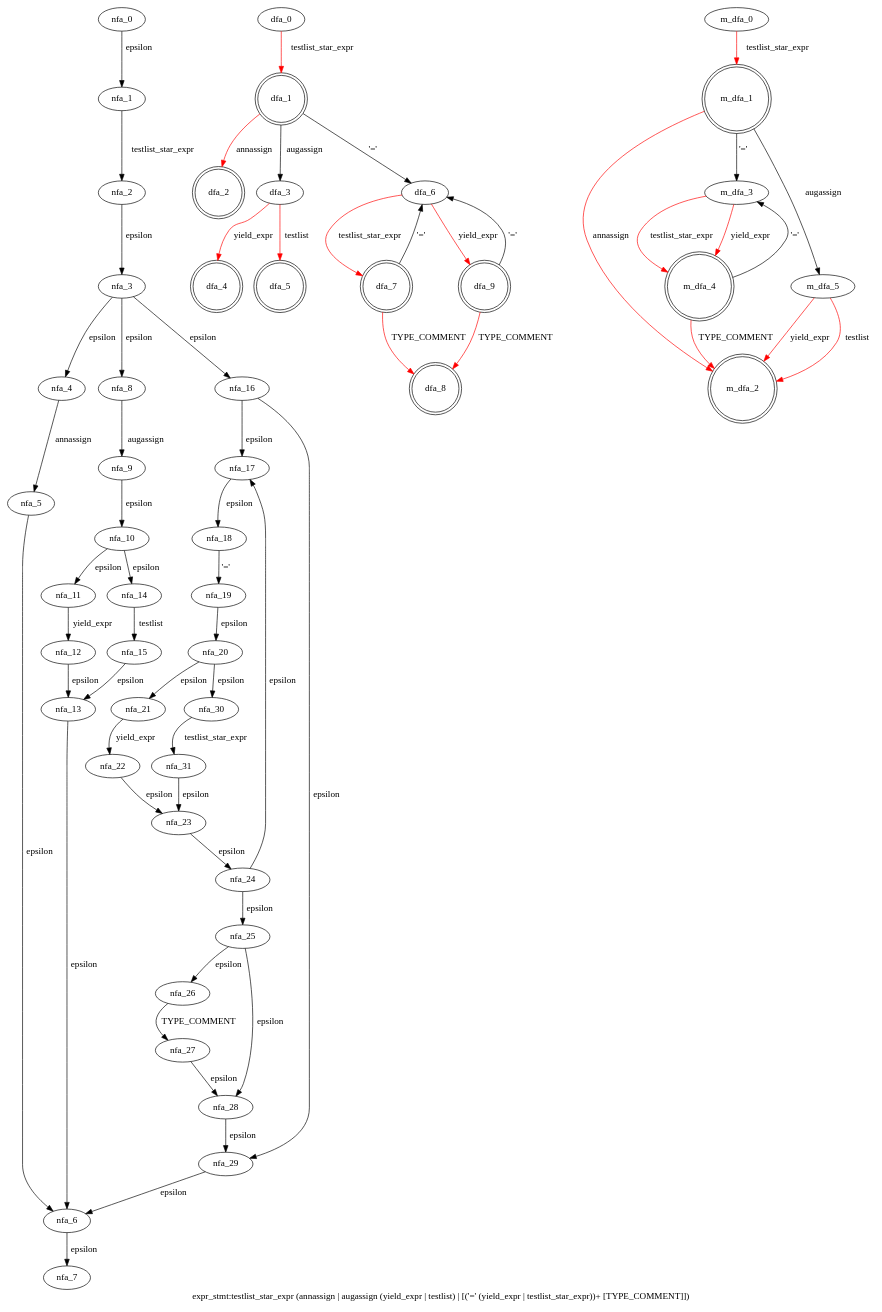
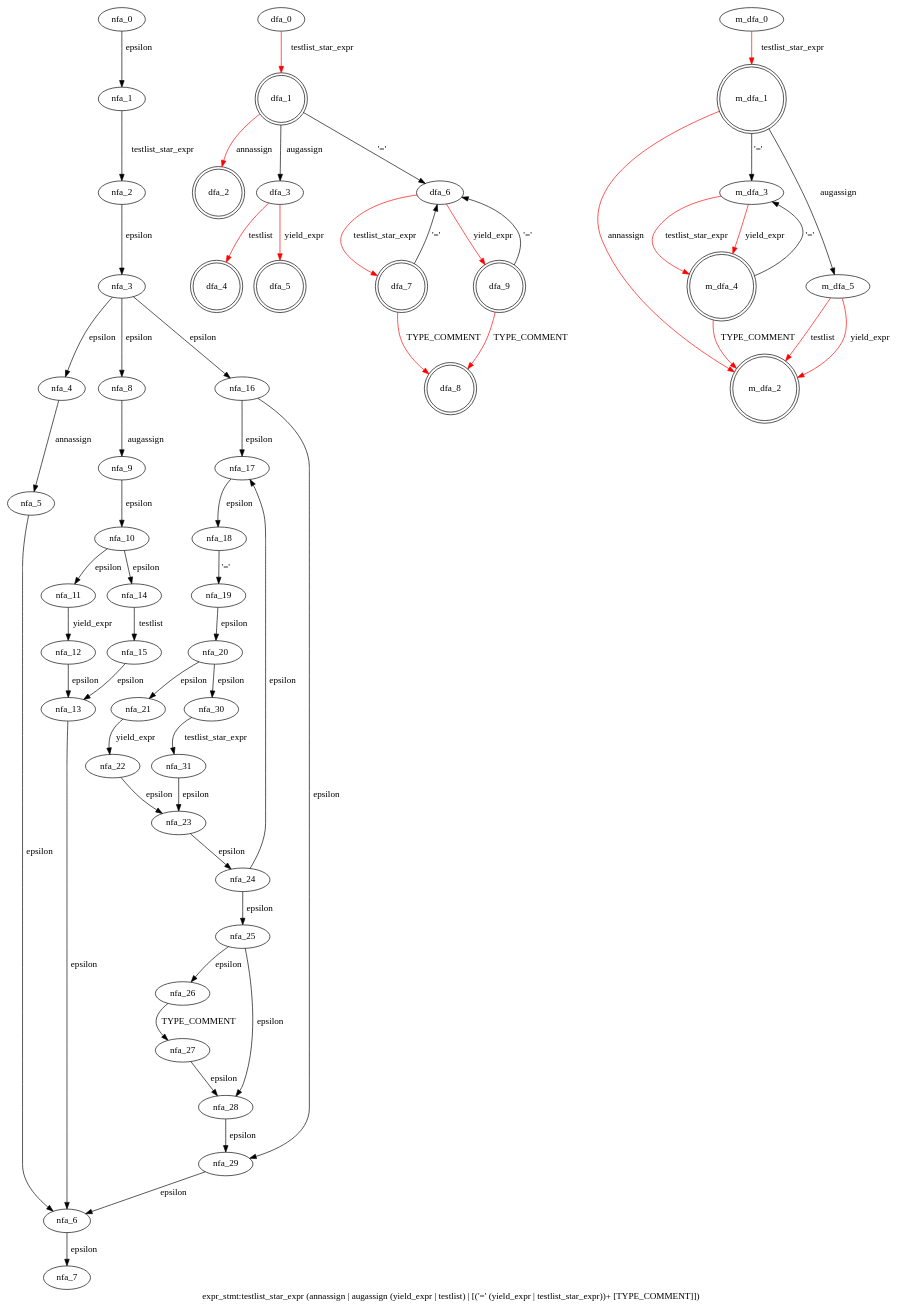
The diagram in cpython/grammar/handwrite/nfa_dfas/16.expr_stmt.dot (WinChua/blog), drawn with Graphviz before and after one commit. The commit also changed 47 other files, not shown here.

```diff
--- a/cpython/grammar/handwrite/nfa_dfas/16.expr_stmt.dot
+++ b/cpython/grammar/handwrite/nfa_dfas/16.expr_stmt.dot
@@ -1,79 +1,79 @@
 digraph expr_stmt {
  graph[label="expr_stmt:testlist_star_expr (annassign | augassign (yield_expr | testlist) | [('=' (yield_expr | testlist_star_expr))+ [TYPE_COMMENT]])"]
  subgraph expr_stmt_nfa {
   nfa_0->nfa_1[label="epsilon"]
   nfa_1->nfa_2[label="testlist_star_expr"]
   nfa_2->nfa_3[label="epsilon"]
   nfa_3->nfa_4[label="epsilon"]
   nfa_4->nfa_5[label="annassign"]
   nfa_5->nfa_6[label="epsilon"]
   nfa_6->nfa_7[label="epsilon"]
   nfa_3->nfa_8[label="epsilon"]
   nfa_8->nfa_9[label="augassign"]
   nfa_9->nfa_10[label="epsilon"]
   nfa_10->nfa_11[label="epsilon"]
   nfa_11->nfa_12[label="yield_expr"]
   nfa_12->nfa_13[label="epsilon"]
   nfa_13->nfa_6[label="epsilon"]
   nfa_10->nfa_14[label="epsilon"]
   nfa_14->nfa_15[label="testlist"]
   nfa_15->nfa_13[label="epsilon"]
   nfa_3->nfa_16[label="epsilon"]
   nfa_16->nfa_17[label="epsilon"]
   nfa_17->nfa_18[label="epsilon"]
   nfa_18->nfa_19[label="'='"]
   nfa_19->nfa_20[label="epsilon"]
   nfa_20->nfa_21[label="epsilon"]
   nfa_21->nfa_22[label="yield_expr"]
   nfa_22->nfa_23[label="epsilon"]
   nfa_23->nfa_24[label="epsilon"]
   nfa_24->nfa_17[label="epsilon"]
   nfa_24->nfa_25[label="epsilon"]
   nfa_25->nfa_26[label="epsilon"]
   nfa_26->nfa_27[label="TYPE_COMMENT"]
   nfa_27->nfa_28[label="epsilon"]
   nfa_28->nfa_29[label="epsilon"]
   nfa_29->nfa_6[label="epsilon"]
   nfa_25->nfa_28[label="epsilon"]
   nfa_20->nfa_30[label="epsilon"]
   nfa_30->nfa_31[label="testlist_star_expr"]
   nfa_31->nfa_23[label="epsilon"]
   nfa_16->nfa_29[label="epsilon"]
   }
  subgraph expr_stmt_dfa {
   dfa_0->dfa_1[label="testlist_star_expr",color=red]
   dfa_1->dfa_2[label="annassign",color=red]
   dfa_1->dfa_3[label="augassign"]
-  dfa_3->dfa_4[label="yield_expr",color=red]
-  dfa_3->dfa_5[label="testlist",color=red]
+  dfa_3->dfa_4[label="testlist",color=red]
+  dfa_3->dfa_5[label="yield_expr",color=red]
   dfa_1->dfa_6[label="'='"]
   dfa_6->dfa_7[label="testlist_star_expr",color=red]
+  dfa_7->dfa_8[label="TYPE_COMMENT",color=red]
   dfa_7->dfa_6[label="'='"]
-  dfa_7->dfa_8[label="TYPE_COMMENT",color=red]
   dfa_6->dfa_9[label="yield_expr",color=red]
+  dfa_9->dfa_8[label="TYPE_COMMENT",color=red]
   dfa_9->dfa_6[label="'='"]
-  dfa_9->dfa_8[label="TYPE_COMMENT",color=red]
   dfa_1[shape=doublecircle]
   dfa_2[shape=doublecircle]
   dfa_4[shape=doublecircle]
   dfa_5[shape=doublecircle]
   dfa_7[shape=doublecircle]
   dfa_8[shape=doublecircle]
   dfa_9[shape=doublecircle]
   }
  subgraph expr_stmt_m_dfa {
   m_dfa_0->m_dfa_1[label="testlist_star_expr",color=red]
   m_dfa_1->m_dfa_2[label="annassign",color=red]
   m_dfa_1->m_dfa_3[label="'='"]
   m_dfa_3->m_dfa_4[label="testlist_star_expr",color=red]
   m_dfa_4->m_dfa_2[label="TYPE_COMMENT",color=red]
   m_dfa_4->m_dfa_3[label="'='"]
   m_dfa_3->m_dfa_4[label="yield_expr",color=red]
   m_dfa_1->m_dfa_5[label="augassign"]
+  m_dfa_5->m_dfa_2[label="testlist",color=red]
   m_dfa_5->m_dfa_2[label="yield_expr",color=red]
-  m_dfa_5->m_dfa_2[label="testlist",color=red]
   m_dfa_1[shape=doublecircle]
   m_dfa_2[shape=doublecircle]
   m_dfa_4[shape=doublecircle]
   }
 }
```
